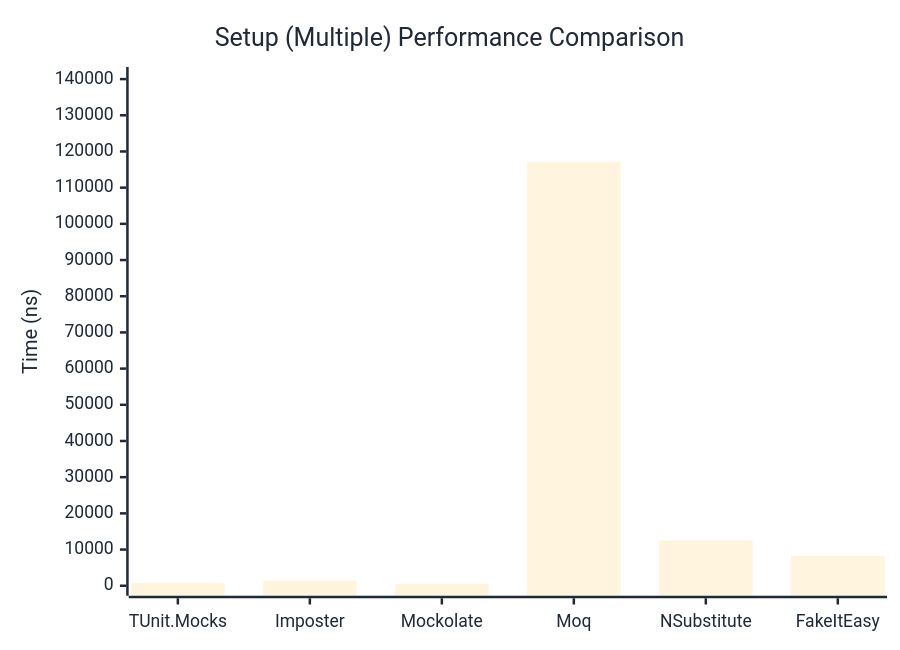
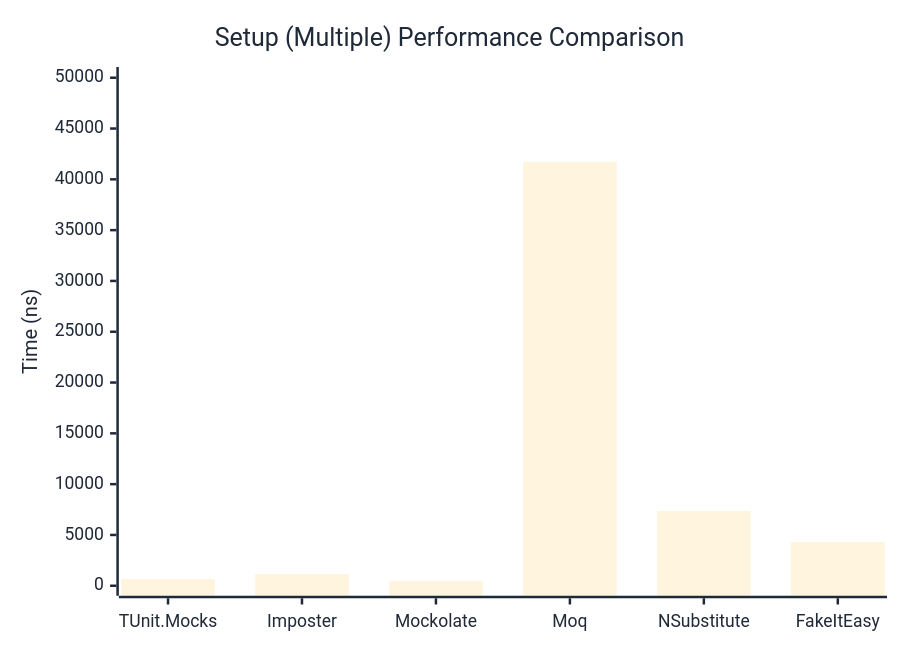
One commit to thomhurst/TUnit changed the second of 2 diagrams in docs/docs/benchmarks/mocks/Setup.md. Above: the diagram before and after it, drawn with Mermaid. The commit also changed other lines of this file and 14 other files, not shown here.

````diff
--- a/docs/docs/benchmarks/mocks/Setup.md
+++ b/docs/docs/benchmarks/mocks/Setup.md
@@ -71,27 +71,27 @@
 ```mermaid
 %%{init: {
   'theme':'base',
   'themeVariables': {
     'primaryColor': '#2563eb',
     'primaryTextColor': '#1f2937',
     'primaryBorderColor': '#1e40af',
     'lineColor': '#6b7280',
     'secondaryColor': '#7c3aed',
     'tertiaryColor': '#dc2626',
     'background': '#ffffff',
     'pie1': '#2563eb',
     'pie2': '#7c3aed',
     'pie3': '#dc2626',
     'pie4': '#f59e0b',
     'pie5': '#10b981',
     'pie6': '#06b6d4',
     'pie7': '#ec4899',
     'pie8': '#6366f1'
   }
 }}%%
 xychart-beta
   title "Setup (Multiple) Performance Comparison"
   x-axis ["TUnit.Mocks", "Imposter", "Mockolate", "Moq", "NSubstitute", "FakeItEasy"]
-  y-axis "Time (ns)" 0 --> 140578
-  bar [799.6, 1410.3, 571.9, 117147.8, 12511.2, 8291.6]
+  y-axis "Time (ns)" 0 --> 50072
+  bar [665.1, 1155.1, 451.9, 41726, 7351.5, 4310.4]
 ```
````
